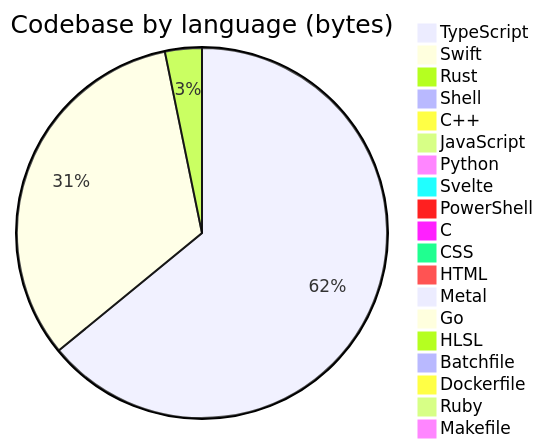
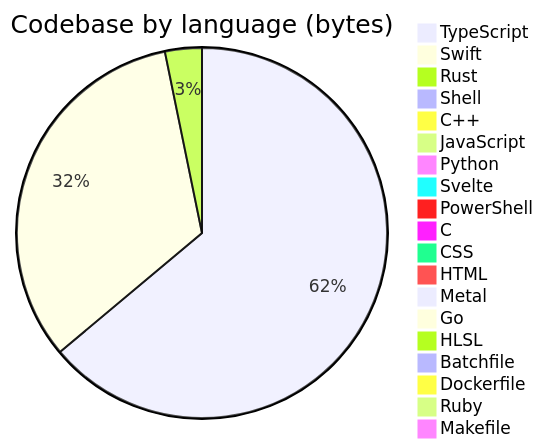
Before and after one commit to Open330/.github: the diagram in profile/README.md, drawn with Mermaid. The commit also changed other lines of this file, not shown here.

````diff
--- a/profile/README.md
+++ b/profile/README.md
@@ -130,22 +130,22 @@
 ```mermaid
 pie title Codebase by language (bytes)
-    "TypeScript" : 34344418
-    "Swift" : 17539700
-    "Rust" : 1725108
+    "TypeScript" : 34372101
+    "Swift" : 17688726
+    "Rust" : 1729836
     "Shell" : 473339
     "C++" : 388775
-    "JavaScript" : 305886
+    "JavaScript" : 306840
     "Python" : 297585
     "Svelte" : 143451
     "PowerShell" : 128198
     "C" : 114143
     "CSS" : 103462
     "HTML" : 42579
     "Metal" : 33033
     "Go" : 22811
     "HLSL" : 7527
     "Batchfile" : 5870
     "Dockerfile" : 4893
     "Ruby" : 1554
     "Makefile" : 1150
 ```
````
